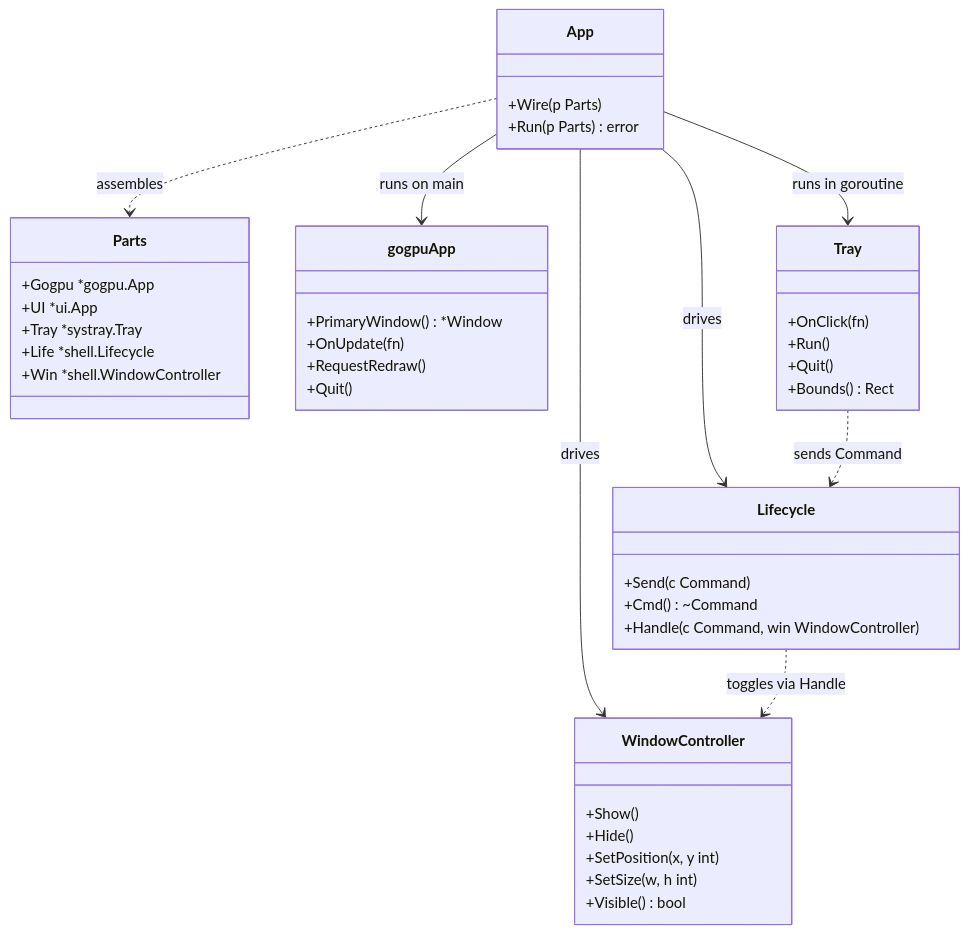
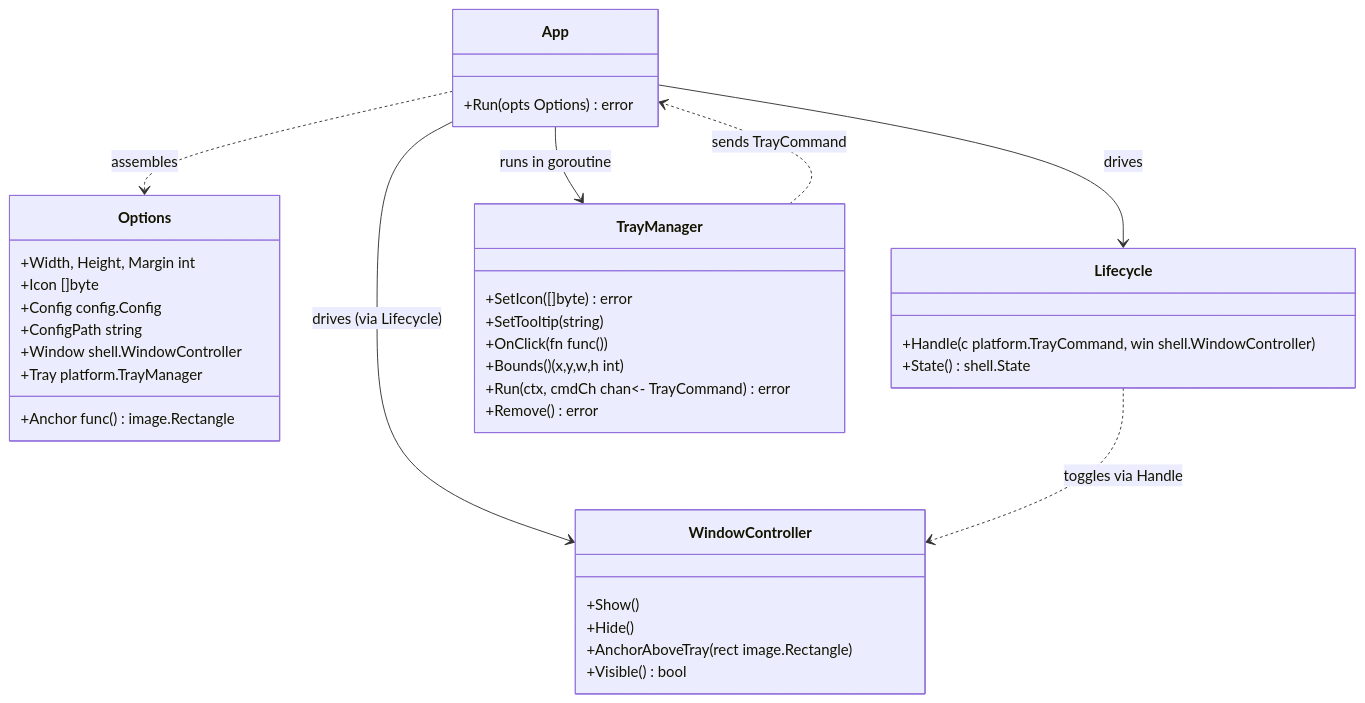
The first of 4 diagrams in docs/10-Shell/App.md (shaolei/DeskCalendar), drawn with Mermaid before and after one commit. The commit also changed other lines of this file and 4 other files, not shown here.

First line of the commit message:
feat(shell/app): Phase3 slice #17 - dual-loop wiring (Path D)

````diff
--- a/docs/10-Shell/App.md
+++ b/docs/10-Shell/App.md
@@ -28,46 +41,40 @@
 ```mermaid
 classDiagram
-    class Parts {
-        +Gogpu *gogpu.App
-        +UI *ui.App
-        +Tray *systray.Tray
-        +Life *shell.Lifecycle
-        +Win *shell.WindowController
+    class Options {
+        +Width, Height, Margin int
+        +Icon []byte
+        +Config config.Config
+        +ConfigPath string
+        +Window shell.WindowController
+        +Tray platform.TrayManager
+        +Anchor func() image.Rectangle
     }
     class App {
-        +Wire(p Parts)
-        +Run(p Parts) error
+        +Run(opts Options) error
     }
     class Lifecycle {
-        +Send(c Command)
-        +Cmd() ~Command
-        +Handle(c Command, win WindowController)
+        +Handle(c platform.TrayCommand, win shell.WindowController)
+        +State() shell.State
     }
     class WindowController {
         +Show()
         +Hide()
-        +SetPosition(x, y int)
-        +SetSize(w, h int)
+        +AnchorAboveTray(rect image.Rectangle)
         +Visible() bool
     }
-    class gogpuApp {
-        +PrimaryWindow() *Window
-        +OnUpdate(fn)
-        +RequestRedraw()
-        +Quit()
-    }
-    class Tray {
-        +OnClick(fn)
-        +Run()
-        +Quit()
-        +Bounds() Rect
+    class TrayManager {
+        +SetIcon([]byte) error
+        +SetTooltip(string)
+        +OnClick(fn func())
+        +Bounds() (x,y,w,h int)
+        +Run(ctx, cmdCh chan<- TrayCommand) error
+        +Remove() error
     }
 
-    App ..> Parts : assembles
+    App ..> Options : assembles
     App --> Lifecycle : drives
-    App --> WindowController : drives
-    App --> gogpuApp : runs on main
-    App --> Tray : runs in goroutine
+    App --> WindowController : drives (via Lifecycle)
+    App --> TrayManager : runs in goroutine
     Lifecycle ..> WindowController : toggles via Handle
-    Tray ..> Lifecycle : sends Command
+    TrayManager ..> App : sends TrayCommand
 ```
````
